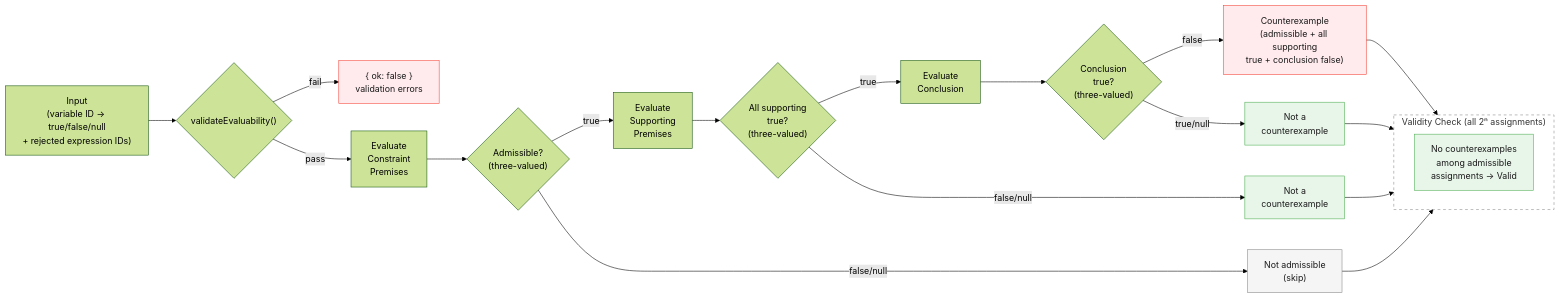
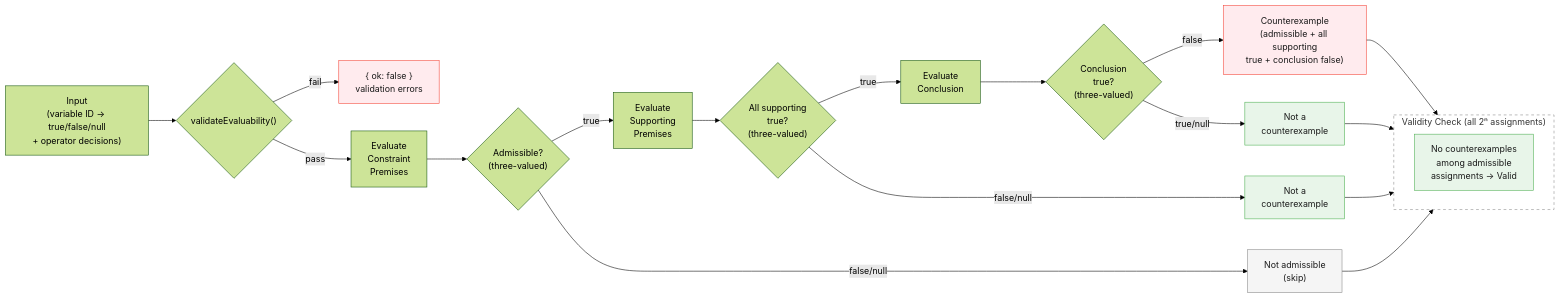
Before and after one commit to Proposit-App/proposit-core: the fourth of 4 diagrams in README.md, drawn with Mermaid (forest theme). The commit also changed other lines of this file and 9 other files, not shown here.

````diff
--- a/README.md
+++ b/README.md
@@ -502,42 +502,42 @@
 ```mermaid
 flowchart LR
-    IN["Input\n(variable ID → true/false/null\n+ rejected expression IDs)"]
+    IN["Input\n(variable ID → true/false/null\n+ operator decisions)"]
 
     IN --> VAL{"validateEvaluability()"}
 
     VAL -->|"fail"| FAIL["{ ok: false }\nvalidation errors"]
     VAL -->|"pass"| CON["Evaluate\nConstraint\nPremises"]
 
     CON --> ADM{"Admissible?\n(three-valued)"}
 
     ADM -->|"true"| SUP["Evaluate\nSupporting\nPremises"]
     ADM -->|"false/null"| INADM["Not admissible\n(skip)"]
 
     SUP --> SUPR{"All supporting\ntrue?\n(three-valued)"}
 
     SUPR -->|"true"| CONC["Evaluate\nConclusion"]
     SUPR -->|"false/null"| NONCE["Not a\ncounterexample"]
 
     CONC --> CONCR{"Conclusion\ntrue?\n(three-valued)"}
 
     CONCR -->|"false"| CE["Counterexample\n(admissible + all supporting\ntrue + conclusion false)"]
     CONCR -->|"true/null"| NONCE2["Not a\ncounterexample"]
 
     subgraph Validity["Validity Check (all 2ⁿ assignments)"]
         direction LR
         VALID["No counterexamples\namong admissible\nassignments → Valid"]
     end
 
     CE --> Validity
     NONCE --> Validity
     NONCE2 --> Validity
     INADM --> Validity
 
     style FAIL fill:#ffebee,stroke:#f44336,color:#1a1a1a
     style CE fill:#ffebee,stroke:#f44336,color:#1a1a1a
     style NONCE fill:#e8f5e9,stroke:#4caf50,color:#1a1a1a
     style NONCE2 fill:#e8f5e9,stroke:#4caf50,color:#1a1a1a
     style INADM fill:#f5f5f5,stroke:#888,color:#1a1a1a
     style VALID fill:#e8f5e9,stroke:#4caf50,color:#1a1a1a
     style Validity fill:none,stroke:#888,stroke-dasharray: 5 5
 ```
````
